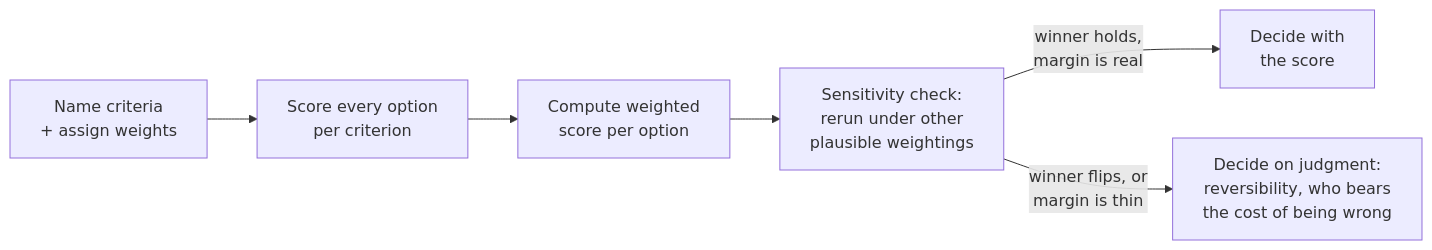
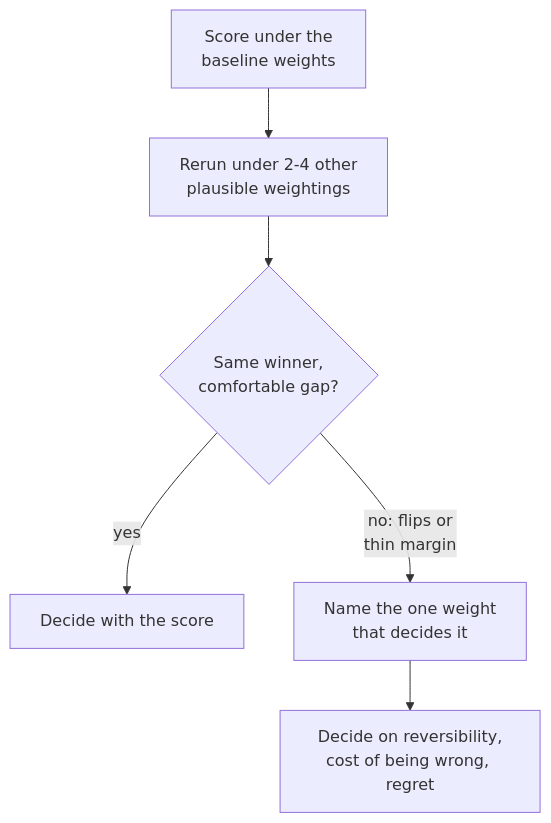
One commit to francoandreDev/knowledge changed the second of 2 diagrams in src/content/logic/multi-criteria-decisions-under-ambiguity/L2-concept.mdx. Above: the diagram before and after it, drawn with Mermaid. The commit also changed other lines of this file and 3 other files, not shown here.

Commit message:
Migrate logic/multi-criteria-decisions-under-ambiguity to the three-tier exercise model

````diff
--- a/src/content/logic/multi-criteria-decisions-under-ambiguity/L2-concept.mdx
+++ b/src/content/logic/multi-criteria-decisions-under-ambiguity/L2-concept.mdx
@@ -105,8 +120,8 @@
 ```mermaid
-flowchart LR
-    A[Name criteria<br/>+ assign weights] --> B[Score every option<br/>per criterion]
-    B --> C[Compute weighted<br/>score per option]
-    C --> D[Sensitivity check:<br/>rerun under other<br/>plausible weightings]
-    D -->|winner holds,<br/>margin is real| E[Decide with<br/>the score]
-    D -->|winner flips, or<br/>margin is thin| F[Decide on judgment:<br/>reversibility, who bears<br/>the cost of being wrong]
+flowchart TD
+    A["Score under the<br/>baseline weights"] --> B["Rerun under 2-4 other<br/>plausible weightings"]
+    B --> C{"Same winner,<br/>comfortable gap?"}
+    C -->|yes| D["Decide with the score"]
+    C -->|"no: flips or<br/>thin margin"| E["Name the one weight<br/>that decides it"]
+    E --> F["Decide on reversibility,<br/>cost of being wrong, regret"]
 ```
````
